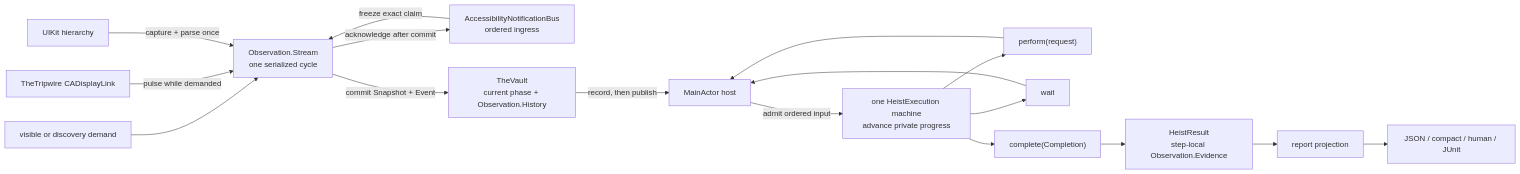
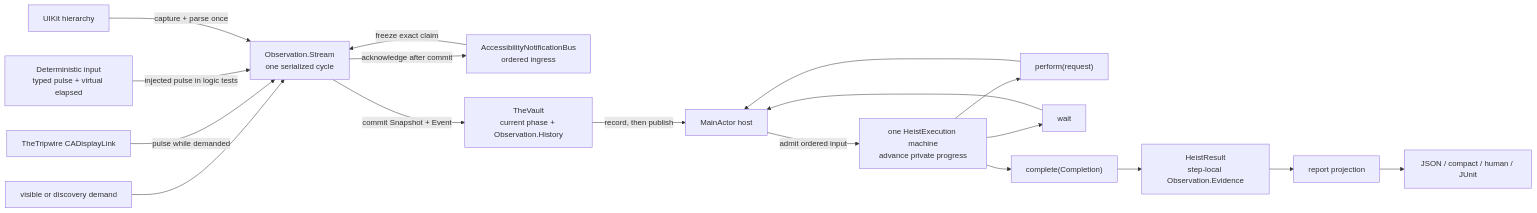
Before and after one commit to RoyalPineapple/TheButtonHeist: the diagram in docs/diagrams/observation-pipeline.md, drawn with Mermaid. The commit also changed other lines of this file and 77 other files, not shown here.

First line of the commit message:
Make core execution tests deterministic and deepen live adversarial coverage (#1422)

````diff
--- a/docs/diagrams/observation-pipeline.md
+++ b/docs/diagrams/observation-pipeline.md
@@ -9,19 +9,20 @@
 ```mermaid
 flowchart LR
     Demand["visible or discovery demand"] --> Stream["Observation.Stream<br/>one serialized cycle"]
     Link["TheTripwire CADisplayLink"] -->|"pulse while demanded"| Stream
+    Script["Deterministic input<br/>typed pulse + virtual elapsed"] -->|"injected pulse in logic tests"| Stream
     Notice["AccessibilityNotificationBus<br/>ordered ingress"] -->|"freeze exact claim"| Stream
     UIKit["UIKit hierarchy"] -->|"capture + parse once"| Stream
     Stream -->|"commit Snapshot + Event"| Vault["TheVault<br/>current phase + Observation.History"]
     Vault -->|"record, then publish"| Host["MainActor host"]
     Host -->|"admit ordered input"| Machine["one HeistExecution machine<br/>advance private progress"]
     Machine --> Perform["perform(request)"]
     Machine --> Wait["wait"]
     Machine --> Complete["complete(Completion)"]
     Perform --> Host
     Wait --> Host
     Complete --> Result["HeistResult<br/>step-local Observation.Evidence"]
     Result --> Report["report projection"]
     Report --> Render["JSON / compact / human / JUnit"]
     Stream -->|"acknowledge after commit"| Notice
 ```
````
